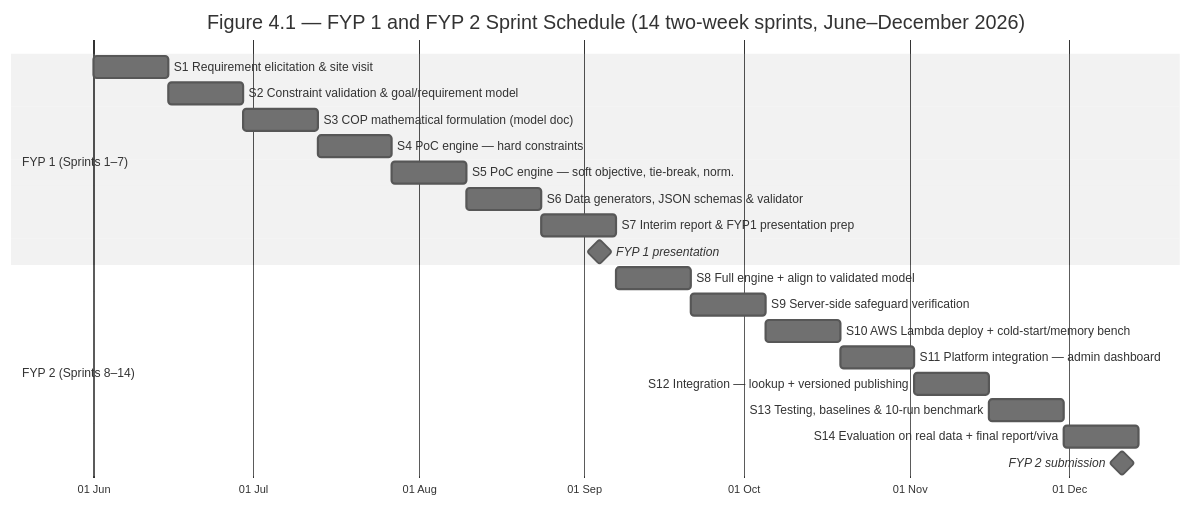
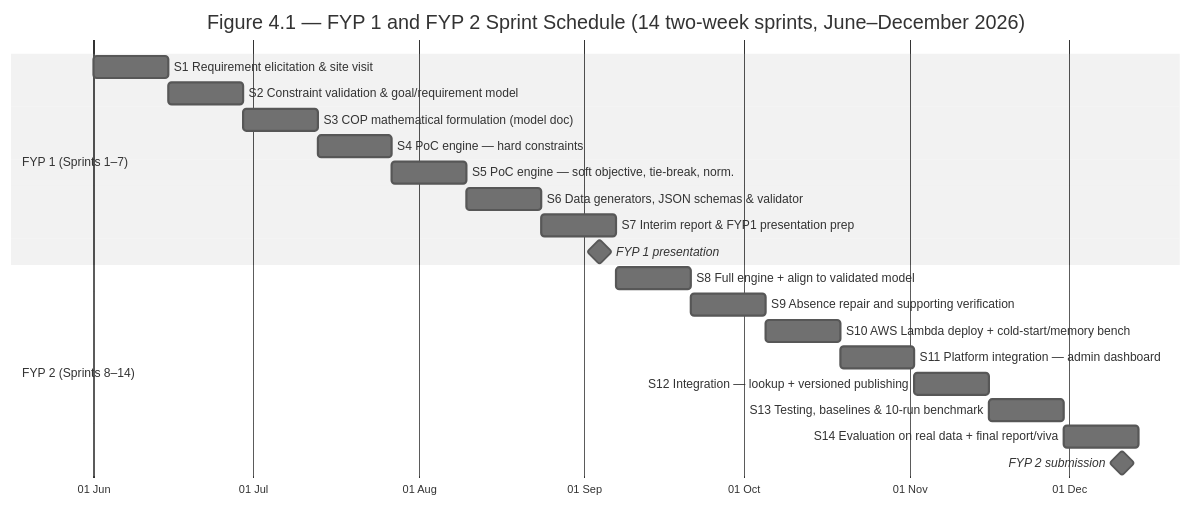
Before and after one commit to DariusShin/FYP-Seating-Allocation: diagram 11 of 11 in FYP1/fyp_interim-report-refined.md, drawn with Mermaid (neutral theme). The commit also changed other lines of this file and 2 other files, not shown here.

````diff
--- a/FYP1/fyp_interim-report-refined.md
+++ b/FYP1/fyp_interim-report-refined.md
@@ -695,24 +698,24 @@
 ```mermaid
 gantt
     title Figure 4.1 — FYP 1 and FYP 2 Sprint Schedule (14 two-week sprints, June–December 2026)
     dateFormat  YYYY-MM-DD
     axisFormat  %d %b
     section FYP 1 (Sprints 1–7)
     S1 Requirement elicitation & site visit          :a1, 2026-06-01, 14d
     S2 Constraint validation & goal/requirement model :a2, 2026-06-15, 14d
     S3 COP mathematical formulation (model doc)      :a3, 2026-06-29, 14d
     S4 PoC engine — hard constraints                 :a4, 2026-07-13, 14d
     S5 PoC engine — soft objective, tie-break, norm. :a5, 2026-07-27, 14d
     S6 Data generators, JSON schemas & validator     :a6, 2026-08-10, 14d
     S7 Interim report & FYP1 presentation prep        :a7, 2026-08-24, 14d
     FYP 1 presentation                               :milestone, m1, 2026-09-04, 0d
     section FYP 2 (Sprints 8–14)
     S8 Full engine + align to validated model        :b1, 2026-09-07, 14d
-    S9 Server-side safeguard verification          :b2, 2026-09-21, 14d
+    S9 Absence repair and supporting verification          :b2, 2026-09-21, 14d
     S10 AWS Lambda deploy + cold-start/memory bench   :b3, 2026-10-05, 14d
     S11 Platform integration — admin dashboard        :b4, 2026-10-19, 14d
     S12 Integration — lookup + versioned publishing   :b5, 2026-11-02, 14d
     S13 Testing, baselines & 10-run benchmark         :b6, 2026-11-16, 14d
     S14 Evaluation on real data + final report/viva   :b7, 2026-11-30, 14d
     FYP 2 submission                                 :milestone, m2, 2026-12-11, 0d
 ```
````
